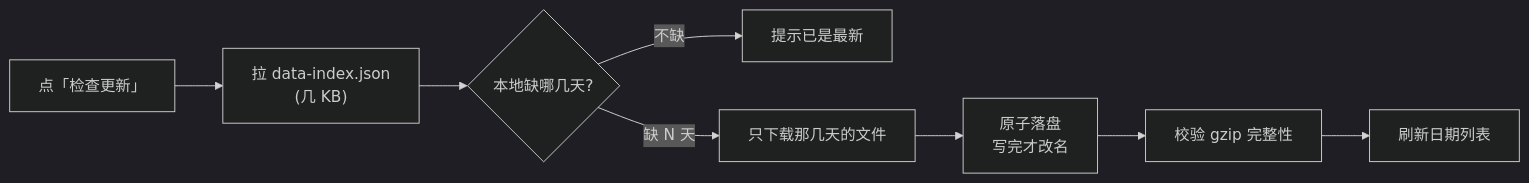
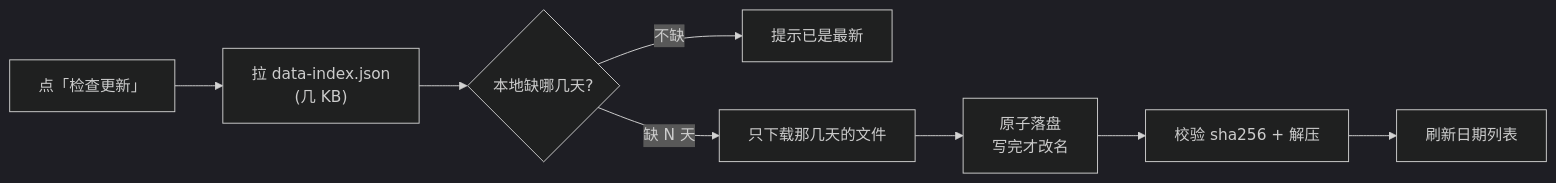
One commit to root9701/danmaku-timewarp changed the first of 2 diagrams in DISTRIBUTION.md. Above: the diagram before and after it, drawn with Mermaid (dark theme). The commit also changed other lines of this file and 10 other files, not shown here.

````diff
--- a/DISTRIBUTION.md
+++ b/DISTRIBUTION.md
@@ -57,10 +77,10 @@
 ```mermaid
 flowchart LR
     A["点「检查更新」"] --> B["拉 data-index.json<br/>(几 KB)"]
     B --> C{"本地缺哪几天?"}
     C -->|"不缺"| D["提示已是最新"]
     C -->|"缺 N 天"| E["只下载那几天的文件"]
     E --> F["原子落盘<br/>写完才改名"]
-    F --> G["校验 gzip 完整性"]
+    F --> G["校验 sha256 + 解压"]
     G --> H["刷新日期列表"]
 ```
````
